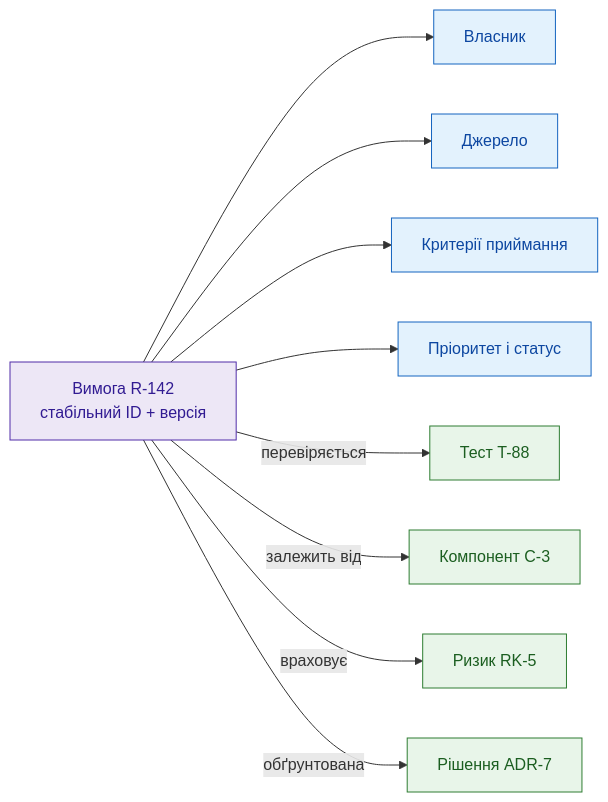
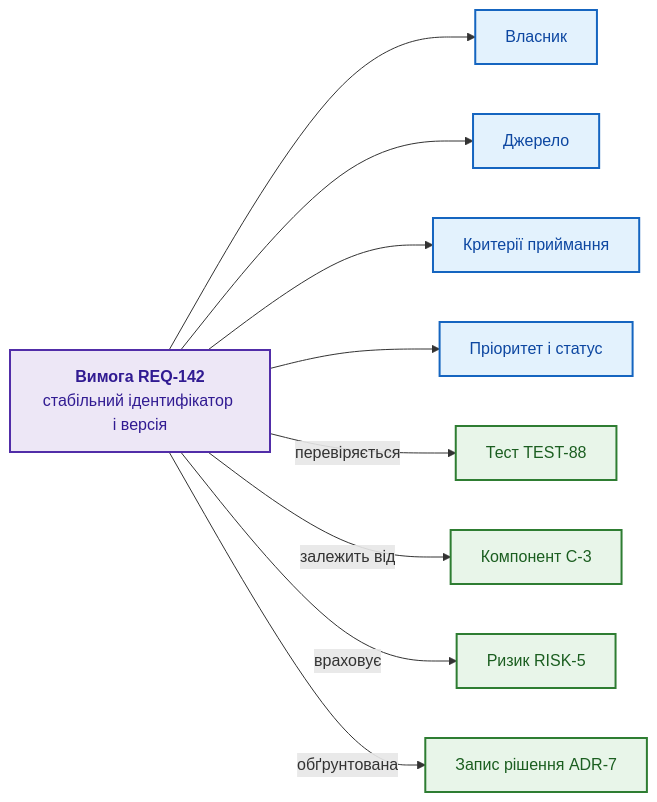
One commit to nick-fedchik/articles changed the first of 9 diagrams in ExpertSystem/ch08-engineering-artifacts-as-data.md. Above: the diagram before and after it, drawn with Mermaid. The commit also changed other lines of this file, not shown here.

````diff
--- a/ExpertSystem/ch08-engineering-artifacts-as-data.md
+++ b/ExpertSystem/ch08-engineering-artifacts-as-data.md
@@ -69,27 +58,27 @@
 ```mermaid
 graph LR
     accTitle: Вимога як вузол інженерного графа
-    accDescr: Структурована модель вимоги з атрибутами власника, джерела, критеріїв, статусу та зв'язками з тестами, компонентами, ризиками й рішеннями.
+    accDescr: Вимога REQ-142 має атрибути власника, джерела, критеріїв приймання, пріоритету й статусу та зв'язки з тестом, компонентом, ризиком і записом рішення.
 
-    R["Вимога R-142<br/>стабільний ID + версія"]
+    R["<b>Вимога REQ-142</b><br/>стабільний ідентифікатор і версія"]
     O["Власник"]
     S["Джерело"]
     A["Критерії приймання"]
     P["Пріоритет і статус"]
     R --> O
     R --> S
     R --> A
     R --> P
-    R -->|перевіряється| T["Тест T-88"]
-    R -->|залежить від| C["Компонент C-3"]
-    R -->|враховує| K["Ризик RK-5"]
-    R -->|обґрунтована| D["Рішення ADR-7"]
+    R -->|"перевіряється"| T["Тест TEST-88"]
+    R -->|"залежить від"| C["Компонент C-3"]
+    R -->|"враховує"| K["Ризик RISK-5"]
+    R -->|"обґрунтована"| D["Запис рішення ADR-7"]
 
-    classDef req fill:#ede7f6,stroke:#512da8,color:#311b92;
-    classDef attr fill:#e3f2fd,stroke:#1565c0,color:#0d47a1;
-    classDef linked fill:#e8f5e9,stroke:#2e7d32,color:#1b5e20;
+    classDef req fill:#ede7f6,stroke:#512da8,stroke-width:2px,color:#311b92;
+    classDef attr fill:#e3f2fd,stroke:#1565c0,stroke-width:2px,color:#0d47a1;
+    classDef linked fill:#e8f5e9,stroke:#2e7d32,stroke-width:2px,color:#1b5e20;
 
     class R req;
     class O,S,A,P attr;
     class T,C,K,D linked;
 ```
````
